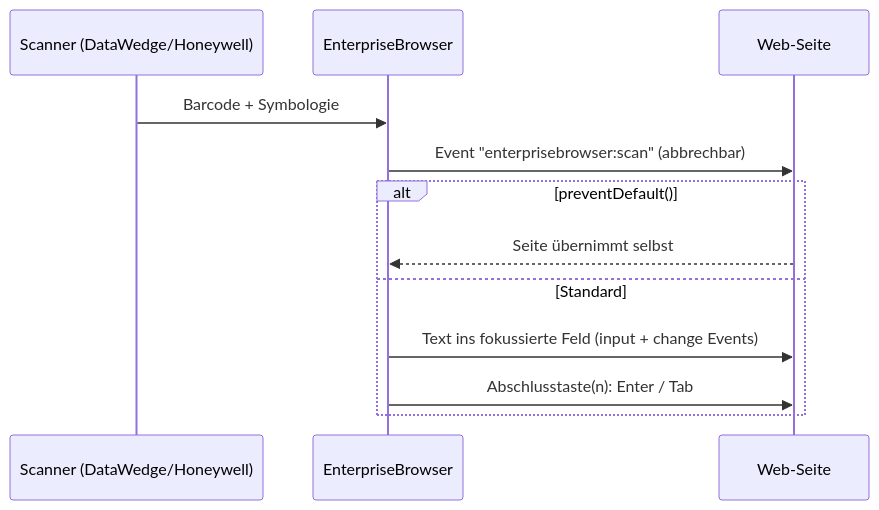
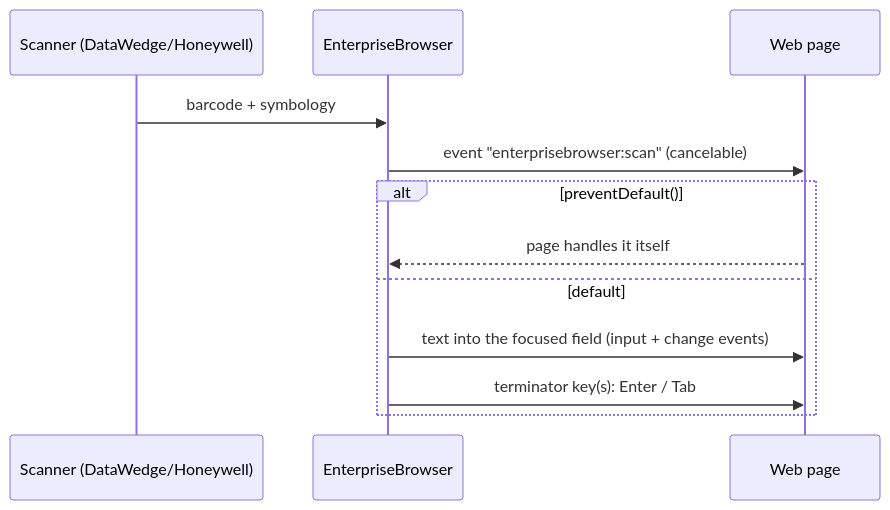
One commit to ict-baden/industrialkioskbrowser changed the diagram in docs/web-integration.md. Above: the diagram before and after it, drawn with Mermaid. The commit also changed other lines of this file and 43 other files, not shown here.

````diff
--- a/docs/web-integration.md
+++ b/docs/web-integration.md
@@ -11,14 +11,14 @@
 ```mermaid
 sequenceDiagram
   participant S as Scanner (DataWedge/Honeywell)
   participant A as EnterpriseBrowser
-  participant P as Web-Seite
-  S->>A: Barcode + Symbologie
-  A->>P: Event "enterprisebrowser:scan" (abbrechbar)
+  participant P as Web page
+  S->>A: barcode + symbology
+  A->>P: event "enterprisebrowser:scan" (cancelable)
   alt preventDefault()
-    P-->>A: Seite übernimmt selbst
-  else Standard
-    A->>P: Text ins fokussierte Feld (input + change Events)
-    A->>P: Abschlusstaste(n): Enter / Tab
+    P-->>A: page handles it itself
+  else default
+    A->>P: text into the focused field (input + change events)
+    A->>P: terminator key(s): Enter / Tab
   end
 ```
````
